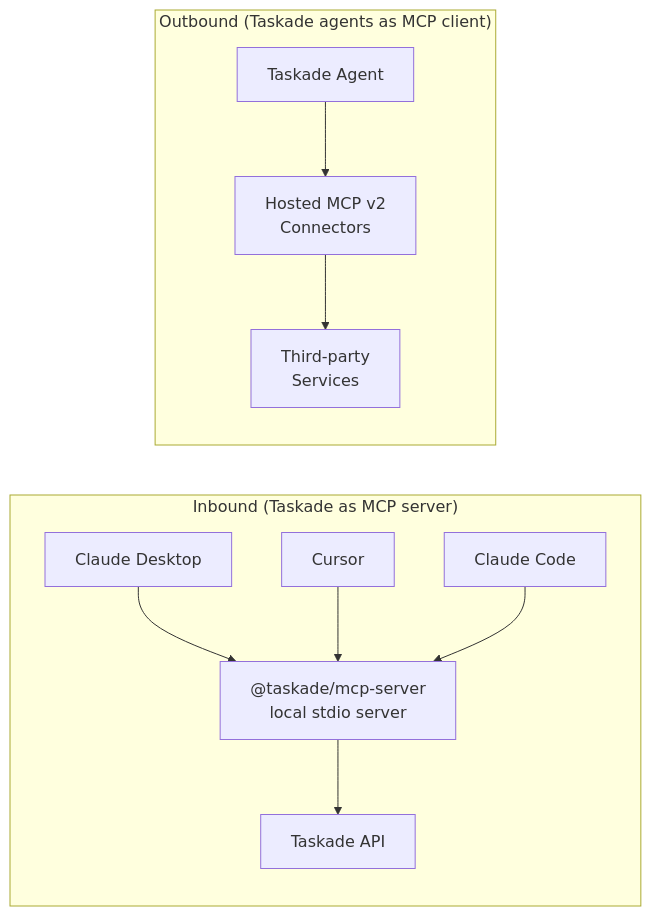
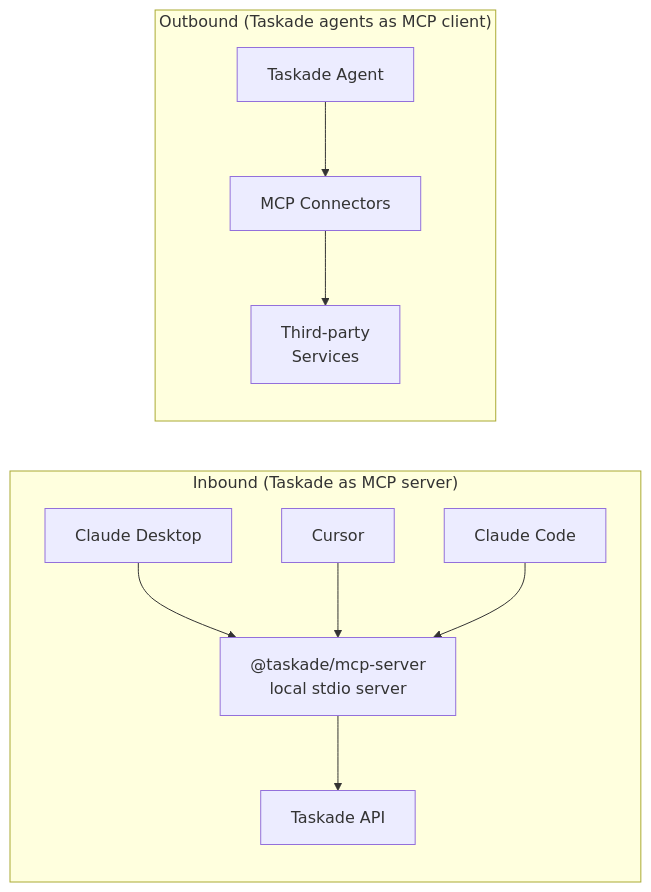
The diagram in apis-living-system-development/workspace-mcp-advanced.md (taskade/docs), drawn with Mermaid before and after one commit. The commit also changed other lines of this file and 2 other files, not shown here.

First line of the commit message:
review fixes: SUMMARY dedup + re-register developer overview, MCP naming, SDK response shape

````diff
--- a/apis-living-system-development/workspace-mcp-advanced.md
+++ b/apis-living-system-development/workspace-mcp-advanced.md
@@ -29,23 +29,23 @@
 ```mermaid
 graph LR
     subgraph "Inbound (Taskade as MCP server)"
         direction TB
         CLIENT1[Claude Desktop]
         CLIENT2[Cursor]
         CLIENT3[Claude Code]
         MCP_LOCAL["@taskade/mcp-server<br/>local stdio server"]
         CLIENT1 --> MCP_LOCAL
         CLIENT2 --> MCP_LOCAL
         CLIENT3 --> MCP_LOCAL
         MCP_LOCAL --> TASKADE_API[Taskade API]
     end
 
     subgraph "Outbound (Taskade agents as MCP client)"
         direction TB
         AGENT[Taskade Agent]
-        HOSTED[Hosted MCP v2<br/>Connectors]
+        HOSTED[MCP Connectors]
         EXTERNAL[Third-party<br/>Services]
         AGENT --> HOSTED
         HOSTED --> EXTERNAL
     end
 ```
````
